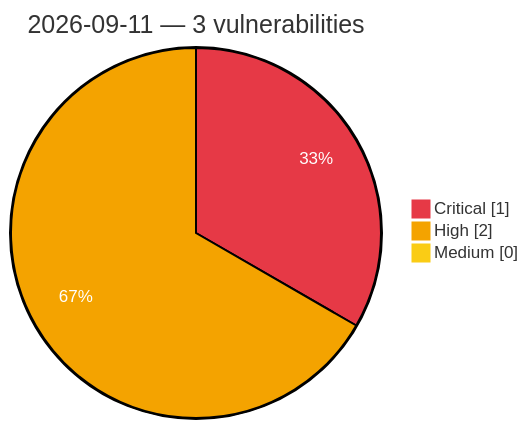
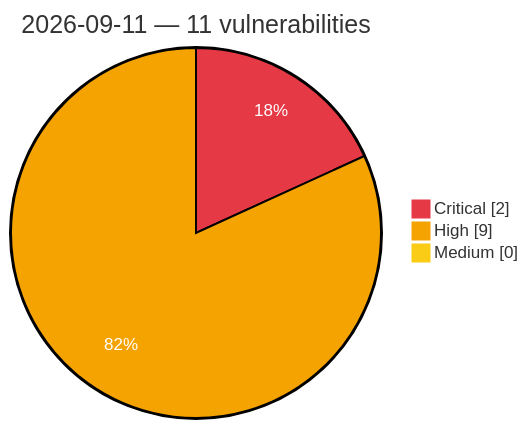
One commit to GhostX0X/vuln-tracker changed the diagram in vulnerabilities/2026/September/2026-09-11.md. Above: the diagram before and after it, drawn with Mermaid. The commit also changed other lines of this file and 5 other files, not shown here.

Commit message:
Auto update: critical/high vulns (2026-09-11 11:00 UTC)

````diff
--- a/vulnerabilities/2026/September/2026-09-11.md
+++ b/vulnerabilities/2026/September/2026-09-11.md
@@ -3,8 +3,8 @@
 ```mermaid
 %%{init: {'theme':'base', 'themeVariables': {'pie1':'#e63946', 'pie2':'#f4a300', 'pie3':'#facc15', 'pieOpacity':'1', 'pieOuterStrokeWidth':'2px', 'pieSectionTextColor':'#ffffff'}}}%%
 pie showData
-    title 2026-09-11 — 3 vulnerabilities
-    "Critical" : 1
-    "High" : 2
+    title 2026-09-11 — 11 vulnerabilities
+    "Critical" : 2
+    "High" : 9
     "Medium" : 0
 ```
````
